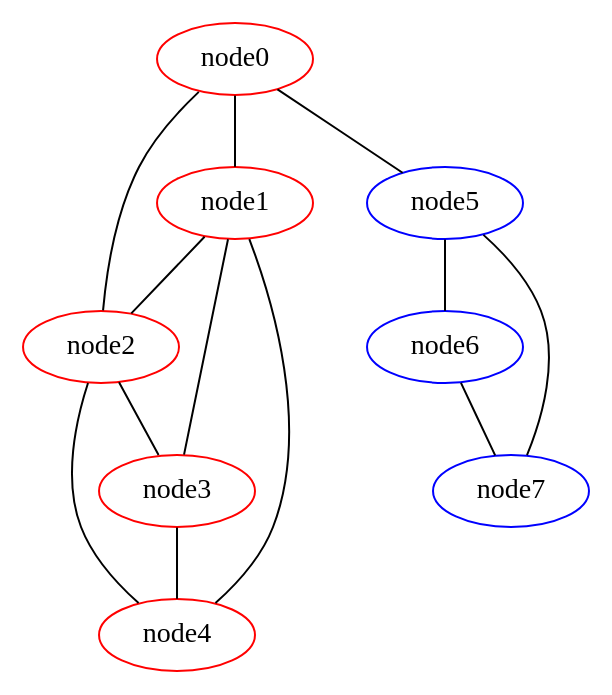
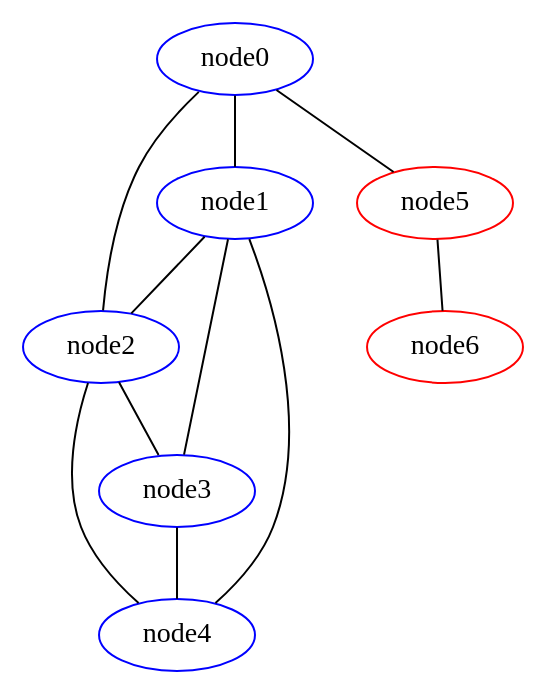
The diagram in A2/spectral_partitioning/graph.gv (lrodrin/masterAI), drawn with Graphviz before and after one commit. The commit also changed 22 other files, not shown here.

```diff
--- a/A2/spectral_partitioning/graph.gv
+++ b/A2/spectral_partitioning/graph.gv
@@ -1,1 +1,1 @@
-strict graph communities {node0 [color=red];node1 [color=red];node2 [color=red];node3 [color=red];node4 [color=red];node5 [color=blue];node6 [color=blue];node7 [color=blue];node0 -- node1;node0 -- node2;node0 -- node5;node1 -- node2;node1 -- node3;node1 -- node4;node2 -- node3;node2 -- node4;node3 -- node4;node5 -- node6;node5 -- node7;node6 -- node7;}
+strict graph communities {node0 [color=blue];node1 [color=blue];node2 [color=blue];node3 [color=blue];node4 [color=blue];node5 [color=red];node6 [color=red];node0 -- node1;node0 -- node2;node0 -- node5;node1 -- node2;node1 -- node3;node1 -- node4;node2 -- node3;node2 -- node4;node3 -- node4;node5 -- node6;}
```
